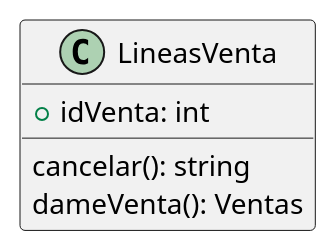
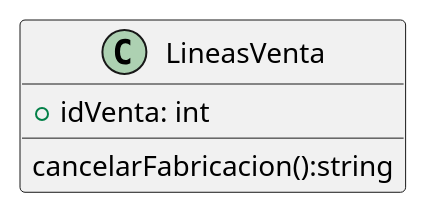
One commit to ZMGestion/DocumentacionZMGestion changed the diagram in DiagramaClases/Clases/LineasVenta.puml. Above: the diagram before and after it, drawn with PlantUML. The commit also changed 5 other files, not shown here.

```diff
--- a/DiagramaClases/Clases/LineasVenta.puml
+++ b/DiagramaClases/Clases/LineasVenta.puml
@@ -1,8 +1,8 @@
 @startuml LineasVenta
 class LineasVenta{
     +idVenta: int
 
-    cancelar(): string
-    dameVenta(): Ventas
+    cancelarFabricacion():string
+    
 }
 @enduml
```
